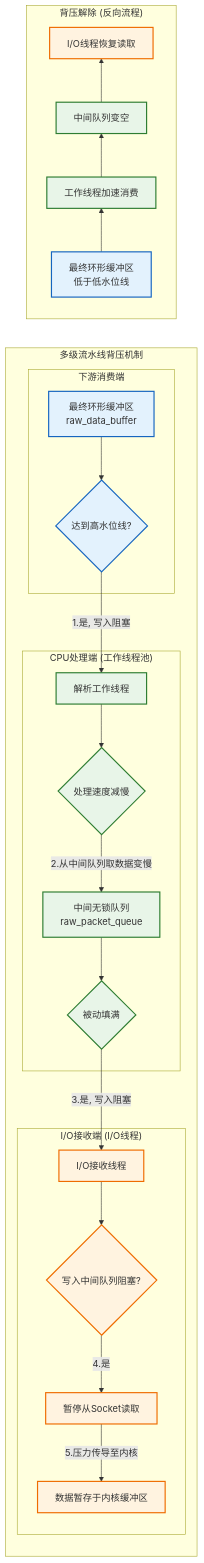
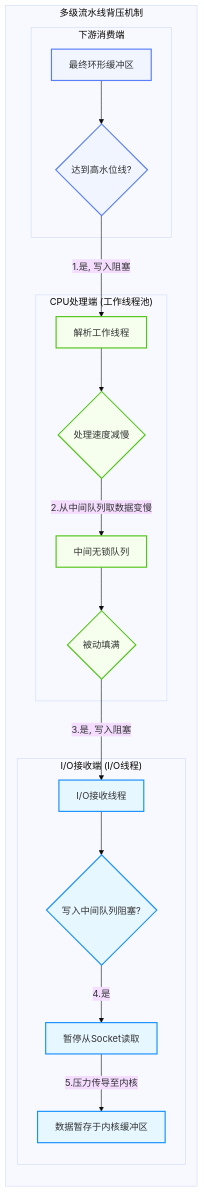
The fifth of 7 diagrams in docs/01_项目设计/02_模块设计/01_数据接收模块设计.md (wendizhou99-cell/Radar), drawn with Mermaid before and after one commit. The commit also changed other lines of this file and 26 other files, not shown here.

First line of the commit message:
docs: 完成数据架构文档系列重构和Mermaid可视化指南增强

````diff
--- a/docs/01_项目设计/02_模块设计/01_数据接收模块设计.md
+++ b/docs/01_项目设计/02_模块设计/01_数据接收模块设计.md
@@ -471,55 +371,40 @@
 ```mermaid
+---
+config:
+  theme: base
+  flowchart:
+    curve: basis
+---
 flowchart LR
     subgraph "多级流水线背压机制"
         direction TB
 
         subgraph "下游消费端"
-            A[最终环形缓冲区<br/>raw_data_buffer]
-            B{达到高水位线?}
-            A --> B
+            A[最终环形缓冲区] --> B{达到高水位线?};
         end
 
         subgraph "CPU处理端 (工作线程池)"
             C[解析工作线程]
             D{处理速度减慢}
-            E[中间无锁队列<br/>raw_packet_queue]
-            F{被动填满}
-            B -- "1.是, 写入阻塞" --> C
-            C --> D
-            D -- "2.从中间队列取数据变慢" --> E
-            E --> F
+            E[中间无锁队列] --> F{被动填满};
+            B -- "1.是, 写入阻塞" --> C --> D;
+            D -- "2.从中间队列取数据变慢" --> E;
         end
 
         subgraph "I/O接收端 (I/O线程)"
-            G[I/O接收线程]
-            H{写入中间队列阻塞?}
-            I[暂停从Socket读取]
-            J[数据暂存于内核缓冲区]
-            F -- "3.是, 写入阻塞" --> G
-            G --> H
-            H -- "4.是" --> I
-            I -- "5.压力传导至内核" --> J
+            G[I/O接收线程] --> H{写入中间队列阻塞?};
+            H -- "4.是" --> I[暂停从Socket读取];
+            I -- "5.压力传导至内核" --> J[数据暂存于内核缓冲区];
+            F -- "3.是, 写入阻塞" --> G;
         end
     end
 
-    subgraph "背压解除 (反向流程)"
-        direction BT
-        A_low[最终环形缓冲区<br/>低于低水位线]
-        C_fast[工作线程加速消费]
-        E_empty[中间队列变空]
-        G_resume[I/O线程恢复读取]
-        A_low --> C_fast --> E_empty --> G_resume
-    end
+    %% --- 标准 classDef 模板 ---
+    classDef role_A fill:#f0f5ff,stroke:#597ef7,stroke-width:2px
+    classDef role_B fill:#f6ffed,stroke:#52c41a,stroke-width:2px
+    classDef role_C fill:#e6f7ff,stroke:#1890ff,stroke-width:2px
 
-    classDef consumer fill:#e3f2fd,stroke:#1565c0,stroke-width:2px
-    classDef worker fill:#e8f5e8,stroke:#2e7d32,stroke-width:2px
-    classDef io fill:#fff3e0,stroke:#ef6c00,stroke-width:2px
-    classDef A_low fill:#d1e7dd,stroke:#0f5132,stroke-width:2px
-    classDef C_fast fill:#d1e7dd,stroke:#0f5132,stroke-width:2px
-    classDef E_empty fill:#d1e7dd,stroke:#0f5132,stroke-width:2px
-    classDef G_resume fill:#d1e7dd,stroke:#0f5132,stroke-width:2px
-
-    class A,B,A_low consumer
-    class C,D,E,F,C_fast,E_empty worker
-    class G,H,I,J,G_resume io
+    class A,B role_A
+    class C,D,E,F role_B
+    class G,H,I,J role_C
 ```
````
